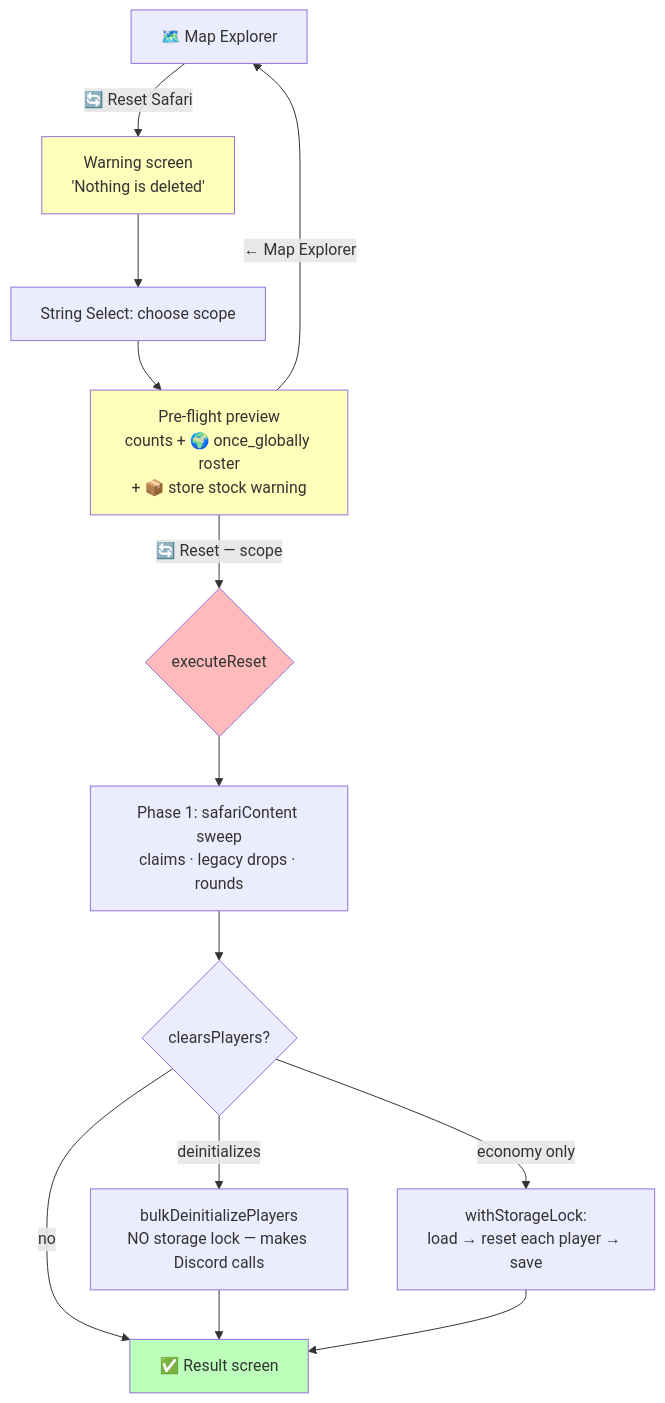
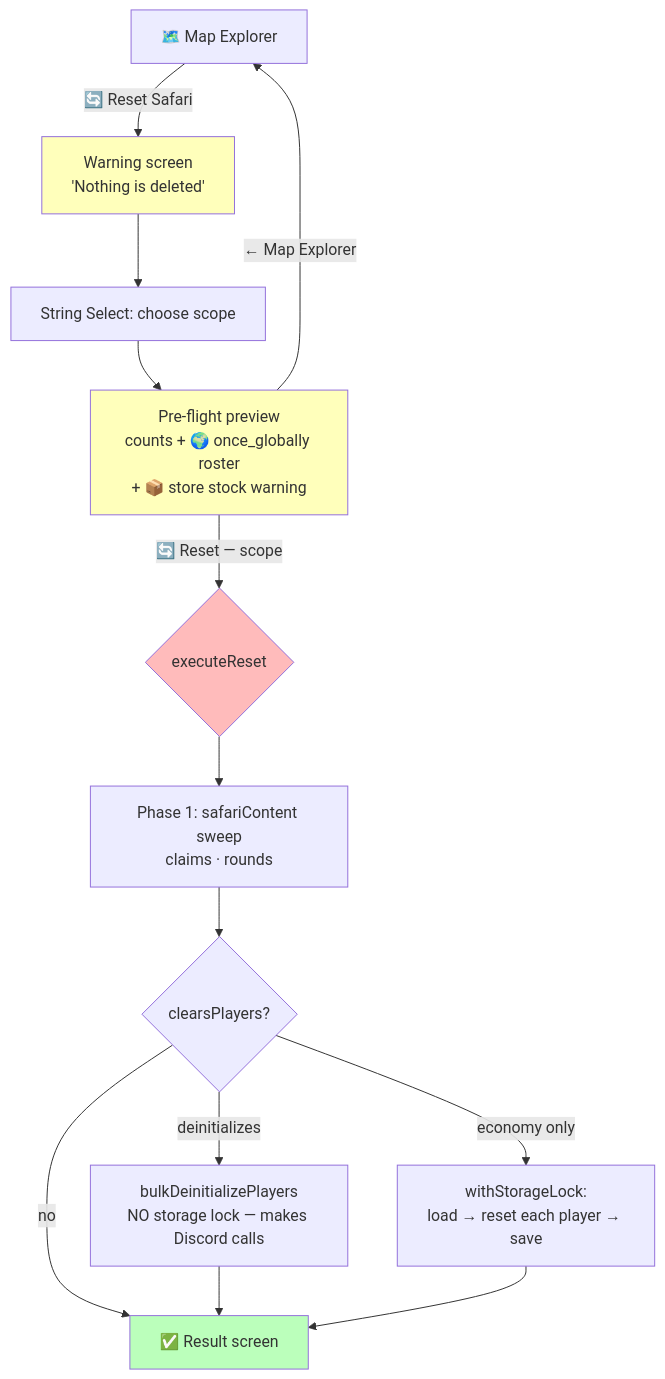
The diagram in docs/02-implementation-wip/SafariReset.md (extremedonkey/castbot), drawn with Mermaid before and after one commit. The commit also changed other lines of this file and 18 other files, not shown here.

````diff
--- a/docs/02-implementation-wip/SafariReset.md
+++ b/docs/02-implementation-wip/SafariReset.md
@@ -47,19 +46,19 @@
 ```mermaid
 flowchart TD
     A[🗺️ Map Explorer] -->|🔄 Reset Safari| B[Warning screen<br/>'Nothing is deleted']
     B --> C[String Select: choose scope]
     C --> D[Pre-flight preview<br/>counts + 🌍 once_globally roster<br/>+ 📦 store stock warning]
     D -->|← Map Explorer| A
     D -->|🔄 Reset — scope| E{executeReset}
-    E --> F[Phase 1: safariContent sweep<br/>claims · legacy drops · rounds]
+    E --> F[Phase 1: safariContent sweep<br/>claims · rounds]
     F --> G{clearsPlayers?}
     G -->|no| I[✅ Result screen]
     G -->|deinitializes| H1[bulkDeinitializePlayers<br/>NO storage lock — makes Discord calls]
     G -->|economy only| H2[withStorageLock:<br/>load → reset each player → save]
     H1 --> I
     H2 --> I
     style B fill:#ffb
     style D fill:#ffb
     style E fill:#fbb
     style I fill:#bfb
 ```
````
